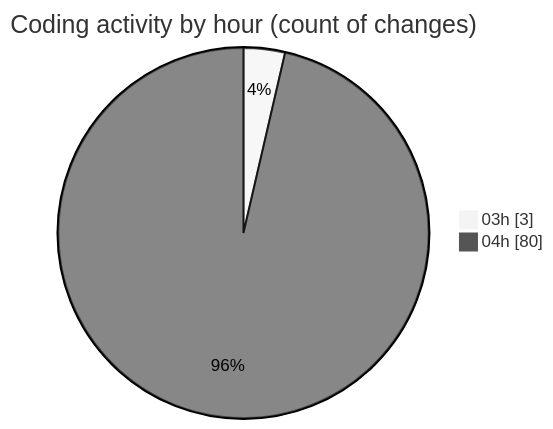
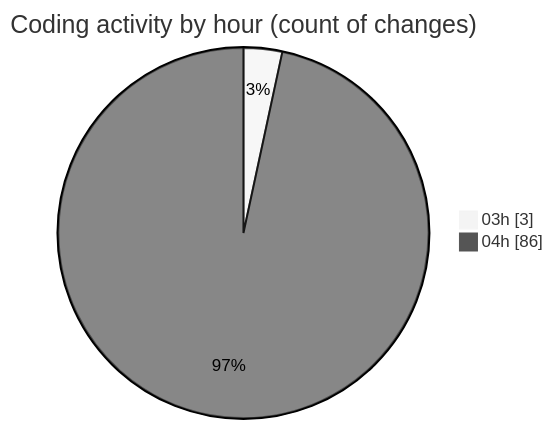
The second of 2 diagrams in 2025-01-03/tinycms/README.md (ernivani/code-tracking), drawn with Mermaid (neutral theme) before and after one commit. The commit also changed other lines of this file and 2 other files, not shown here.

````diff
--- a/2025-01-03/tinycms/README.md
+++ b/2025-01-03/tinycms/README.md
@@ -49,6 +51,6 @@
 ```mermaid
 pie showData
 title Coding activity by hour (count of changes)
 "03h" : 3
-"04h" : 80
+"04h" : 86
 ```
````
